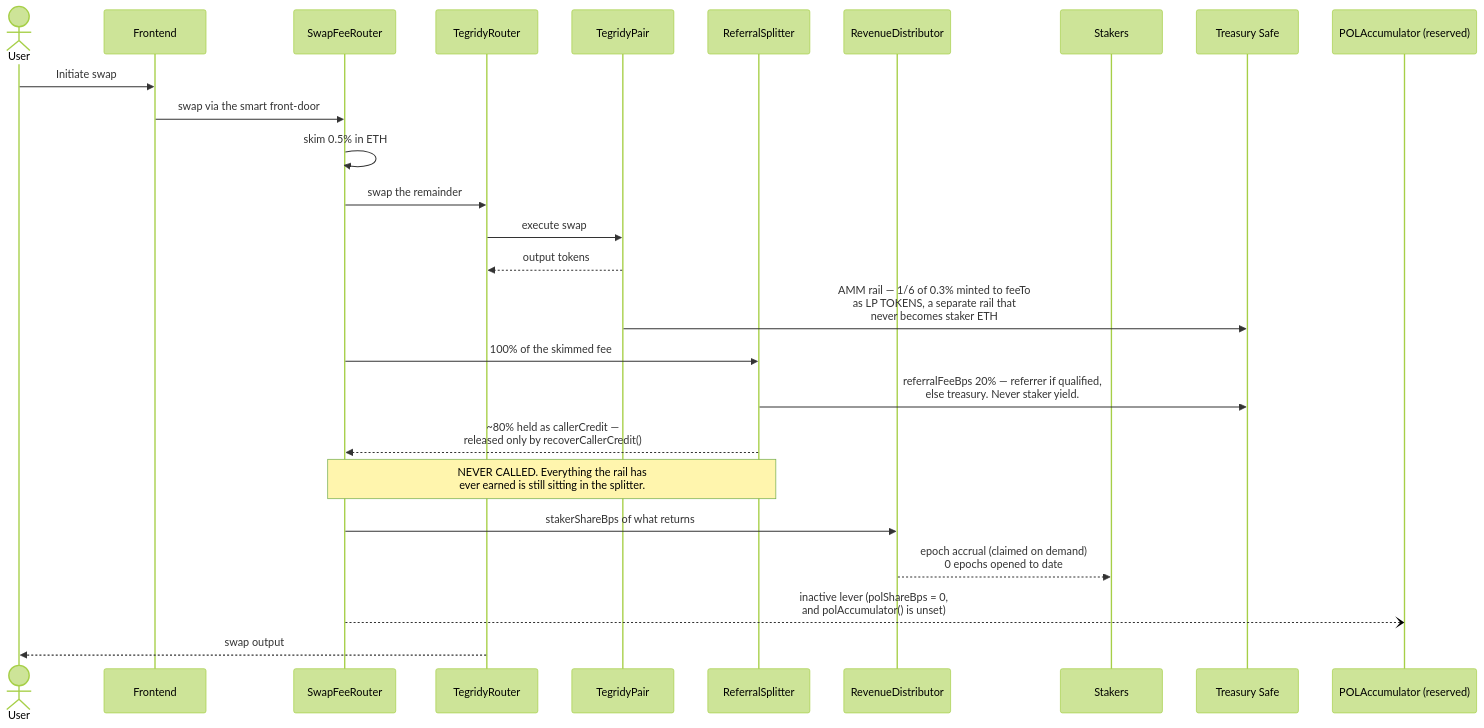
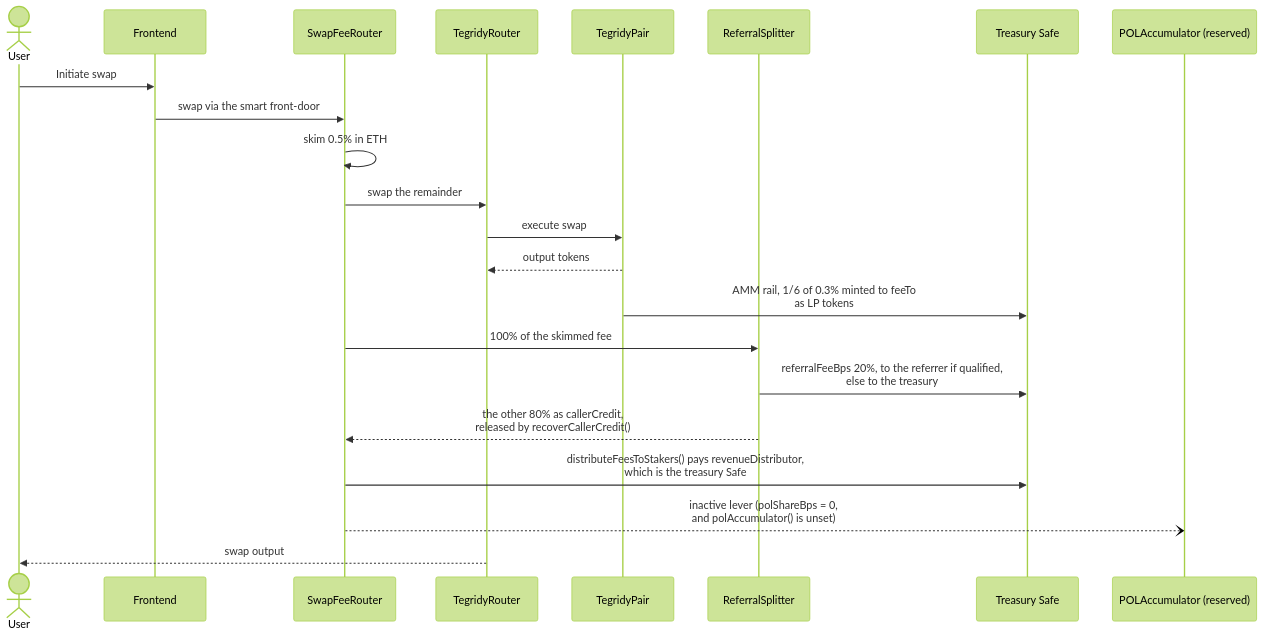
The second of 8 diagrams in docs/ARCHITECTURE.md (fomotsar-commits/tegridy-farms), drawn with Mermaid (forest theme) before and after one commit. The commit also changed other lines of this file and 10 other files, not shown here.

First line of the commit message:
docs(fees): the repo docs say every EVM swap and pool fee goes to the treasury Safe

````diff
--- a/docs/ARCHITECTURE.md
+++ b/docs/ARCHITECTURE.md
@@ -124,29 +121,25 @@
 ```mermaid
 sequenceDiagram
     actor U as User
     participant FE as Frontend
     participant SFR as SwapFeeRouter
     participant R as TegridyRouter
     participant P as TegridyPair
     participant RS as ReferralSplitter
-    participant RD as RevenueDistributor
-    participant S as Stakers
     participant T as Treasury Safe
     participant POL as POLAccumulator (reserved)
 
     U->>FE: Initiate swap
     FE->>SFR: swap via the smart front-door
     SFR->>SFR: skim 0.5% in ETH
     SFR->>R: swap the remainder
     R->>P: execute swap
     P-->>R: output tokens
-    P->>T: AMM rail — 1/6 of 0.3% minted to feeTo<br/>as LP TOKENS, a separate rail that<br/>never becomes staker ETH
+    P->>T: AMM rail, 1/6 of 0.3% minted to feeTo<br/>as LP tokens
     SFR->>RS: 100% of the skimmed fee
-    RS->>T: referralFeeBps 20% — referrer if qualified,<br/>else treasury. Never staker yield.
-    RS-->>SFR: ~80% held as callerCredit —<br/>released only by recoverCallerCredit()
-    Note over RS,SFR: NEVER CALLED. Everything the rail has<br/>ever earned is still sitting in the splitter.
-    SFR->>RD: stakerShareBps of what returns
-    RD-->>S: epoch accrual (claimed on demand)<br/>0 epochs opened to date
+    RS->>T: referralFeeBps 20%, to the referrer if qualified,<br/>else to the treasury
+    RS-->>SFR: the other 80% as callerCredit,<br/>released by recoverCallerCredit()
+    SFR->>T: distributeFeesToStakers() pays revenueDistributor,<br/>which is the treasury Safe
     SFR--)POL: inactive lever (polShareBps = 0,<br/>and polAccumulator() is unset)
     R-->>U: swap output
 ```
````
